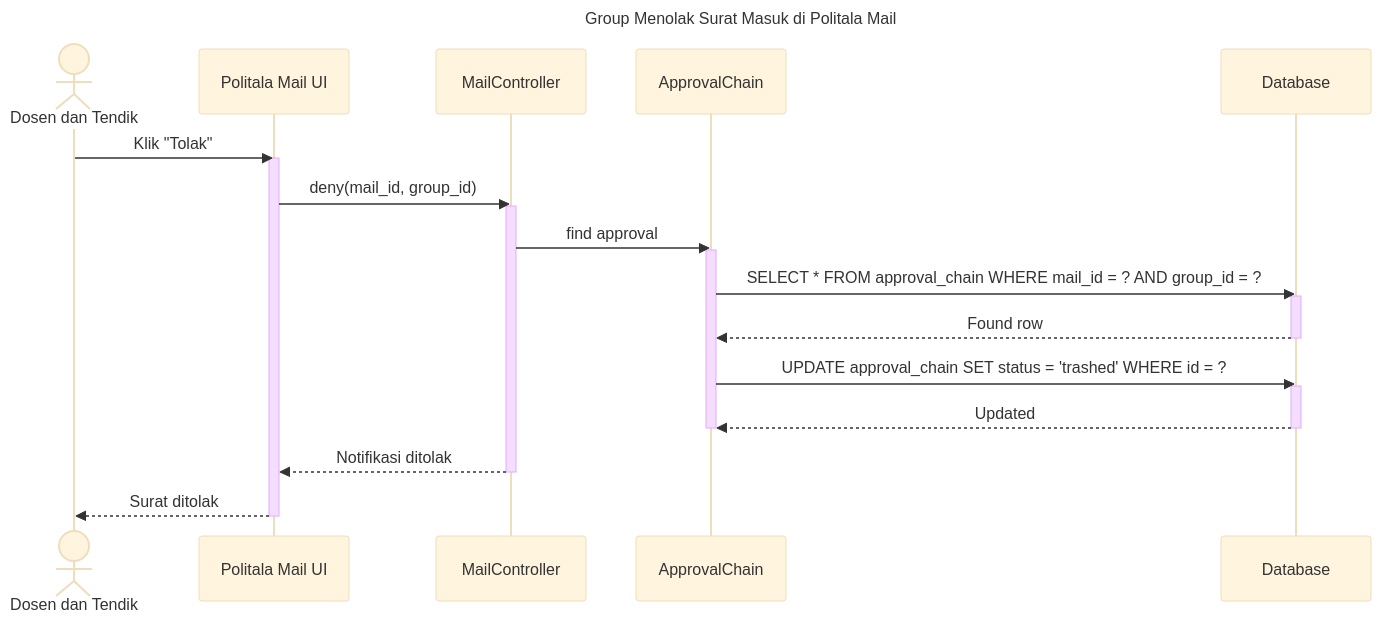
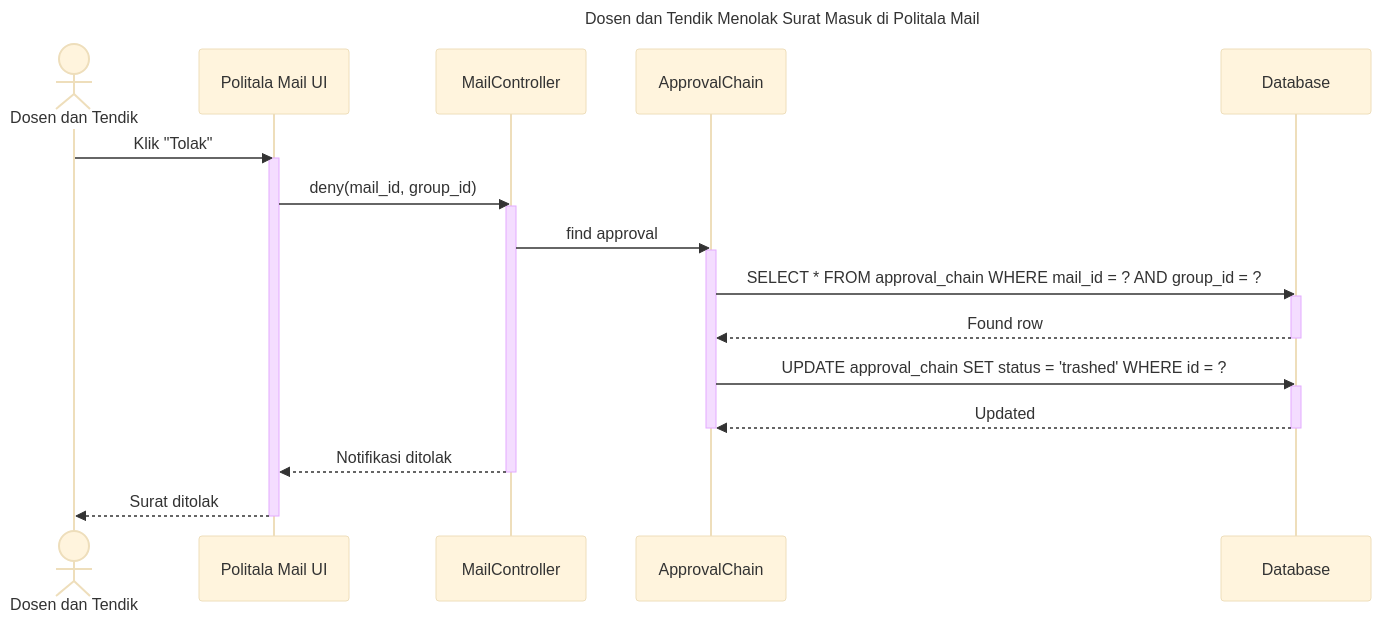
One commit to davidhadinugroho24601/UML-politala-mail changed the diagram in Manage Surat Masuk/tolak.md. Above: the diagram before and after it, drawn with Mermaid (base theme). The commit also changed 12 other files, not shown here.

````diff
--- a/Manage Surat Masuk/tolak.md
+++ b/Manage Surat Masuk/tolak.md
@@ -1,36 +1,36 @@
 ```mermaid
 
 sequenceDiagram
-    title Group Menolak Surat Masuk di Politala Mail
+    title Dosen dan Tendik Menolak Surat Masuk di Politala Mail
 
     actor Dosen dan Tendik
     participant FilamentUI as Politala Mail UI
     participant MailController
     participant ApprovalModel as ApprovalChain
     participant DB as Database
 
     Dosen dan Tendik ->> FilamentUI: Klik "Tolak"
     activate FilamentUI
     FilamentUI ->> MailController: deny(mail_id, group_id)
     activate MailController
 
     MailController ->> ApprovalModel: find approval
     activate ApprovalModel
     ApprovalModel ->> DB: SELECT * FROM approval_chain WHERE mail_id = ? AND group_id = ?
     activate DB
     DB -->> ApprovalModel: Found row
     deactivate DB
 
     ApprovalModel ->> DB: UPDATE approval_chain SET status = 'trashed' WHERE id = ?
     activate DB
     DB -->> ApprovalModel: Updated
     deactivate DB
     deactivate ApprovalModel
 
     MailController -->> FilamentUI: Notifikasi ditolak
     deactivate MailController
     FilamentUI -->> Dosen dan Tendik: Surat ditolak
     deactivate FilamentUI
 
 
 ```
````
